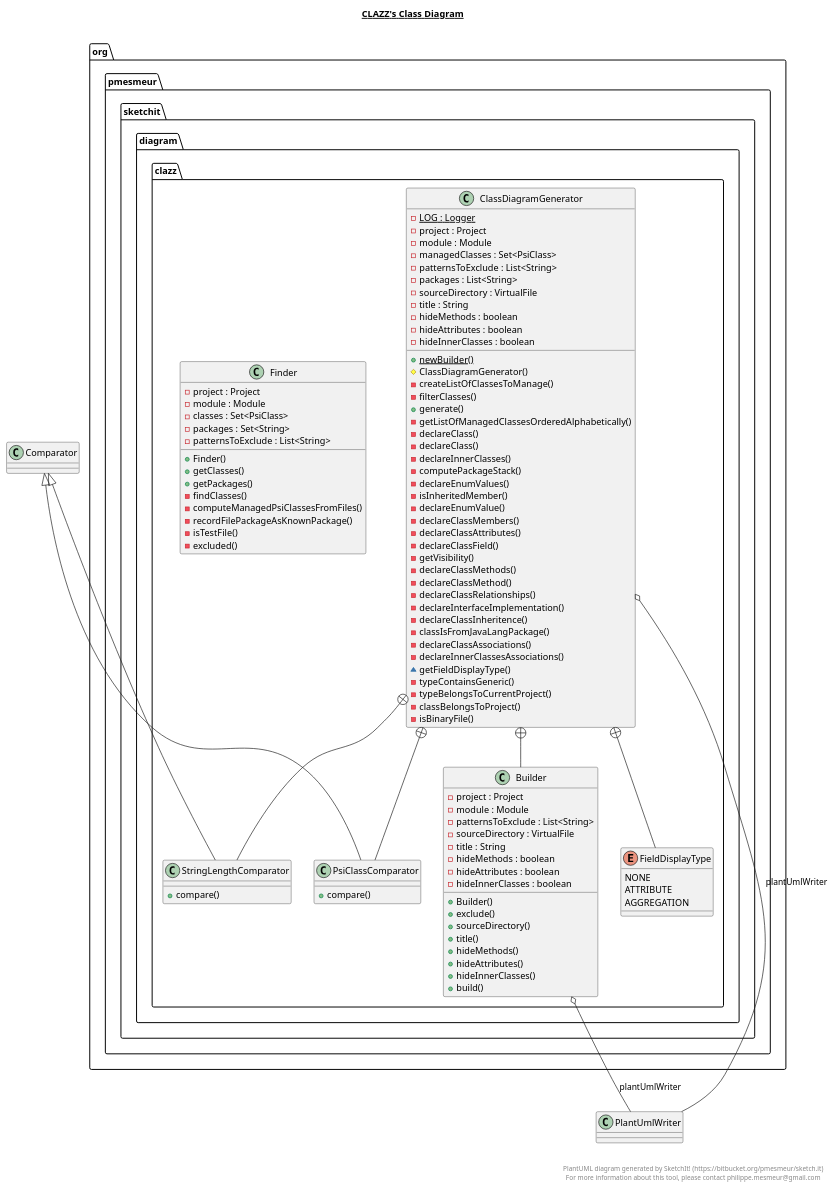
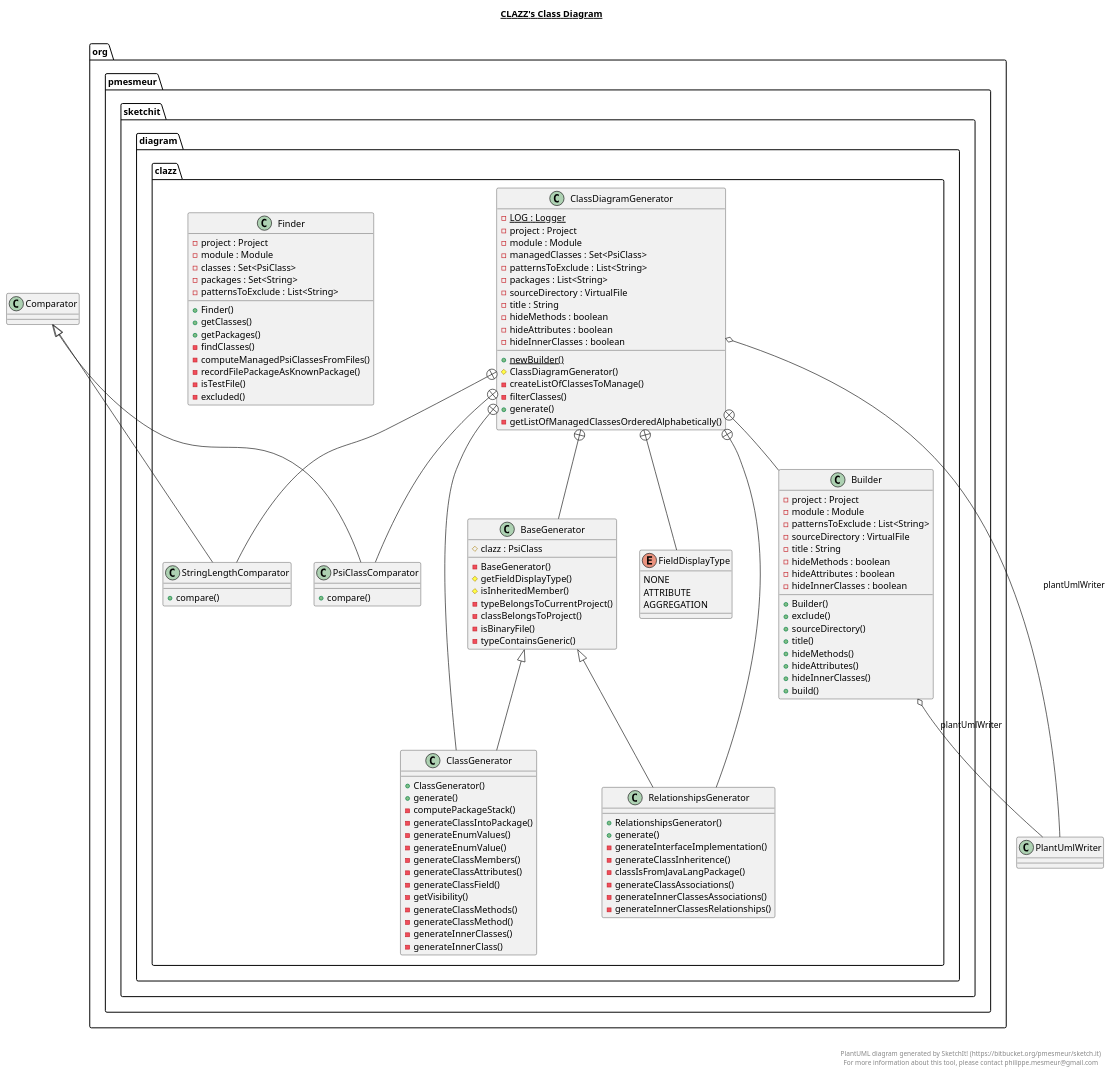
The diagram in src/org/pmesmeur/sketchit/diagram/clazz/clazz.plantuml (bigjimlefou/sketch.it), drawn with PlantUML before and after one commit. The commit also changed 3 other files, not shown here.

```diff
--- a/src/org/pmesmeur/sketchit/diagram/clazz/clazz.plantuml
+++ b/src/org/pmesmeur/sketchit/diagram/clazz/clazz.plantuml
@@ -1,157 +1,198 @@
 @startuml
 
 title __CLAZZ's Class Diagram__\n
 
   package org.pmesmeur.sketchit {
     package org.pmesmeur.sketchit.diagram {
       package org.pmesmeur.sketchit.diagram.clazz {
         class ClassDiagramGenerator {
             {static} - LOG : Logger
             - project : Project
             - module : Module
             - managedClasses : Set<PsiClass>
             - patternsToExclude : List<String>
             - packages : List<String>
             - sourceDirectory : VirtualFile
             - title : String
             - hideMethods : boolean
             - hideAttributes : boolean
             - hideInnerClasses : boolean
             {static} + newBuilder()
             # ClassDiagramGenerator()
             - createListOfClassesToManage()
             - filterClasses()
             + generate()
             - getListOfManagedClassesOrderedAlphabetically()
-            - declareClass()
-            - declareClass()
-            - declareInnerClasses()
-            - computePackageStack()
-            - declareEnumValues()
-            - isInheritedMember()
-            - declareEnumValue()
-            - declareClassMembers()
-            - declareClassAttributes()
-            - declareClassField()
-            - getVisibility()
-            - declareClassMethods()
-            - declareClassMethod()
-            - declareClassRelationships()
-            - declareInterfaceImplementation()
-            - declareClassInheritence()
-            - classIsFromJavaLangPackage()
-            - declareClassAssociations()
-            - declareInnerClassesAssociations()
-            ~ getFieldDisplayType()
-            - typeContainsGeneric()
-            - typeBelongsToCurrentProject()
-            - classBelongsToProject()
-            - isBinaryFile()
         }
       }
     }
   }
   
 
   package org.pmesmeur.sketchit {
     package org.pmesmeur.sketchit.diagram {
       package org.pmesmeur.sketchit.diagram.clazz {
         class Builder {
             - project : Project
             - module : Module
             - patternsToExclude : List<String>
             - sourceDirectory : VirtualFile
             - title : String
             - hideMethods : boolean
             - hideAttributes : boolean
             - hideInnerClasses : boolean
             + Builder()
             + exclude()
             + sourceDirectory()
             + title()
             + hideMethods()
             + hideAttributes()
             + hideInnerClasses()
             + build()
         }
       }
     }
   }
   
 
   package org.pmesmeur.sketchit {
     package org.pmesmeur.sketchit.diagram {
       package org.pmesmeur.sketchit.diagram.clazz {
         class StringLengthComparator {
             + compare()
         }
       }
     }
   }
   
 
   package org.pmesmeur.sketchit {
     package org.pmesmeur.sketchit.diagram {
       package org.pmesmeur.sketchit.diagram.clazz {
         class PsiClassComparator {
             + compare()
         }
       }
     }
   }
   
 
   package org.pmesmeur.sketchit {
     package org.pmesmeur.sketchit.diagram {
       package org.pmesmeur.sketchit.diagram.clazz {
         enum FieldDisplayType {
           NONE
           ATTRIBUTE
           AGGREGATION
         }
       }
     }
   }
   
 
   package org.pmesmeur.sketchit {
     package org.pmesmeur.sketchit.diagram {
       package org.pmesmeur.sketchit.diagram.clazz {
+        class BaseGenerator {
+            # clazz : PsiClass
+            - BaseGenerator()
+            # getFieldDisplayType()
+            # isInheritedMember()
+            - typeBelongsToCurrentProject()
+            - classBelongsToProject()
+            - isBinaryFile()
+            - typeContainsGeneric()
+        }
+      }
+    }
+  }
+  
+
+  package org.pmesmeur.sketchit {
+    package org.pmesmeur.sketchit.diagram {
+      package org.pmesmeur.sketchit.diagram.clazz {
+        class ClassGenerator {
+            + ClassGenerator()
+            + generate()
+            - computePackageStack()
+            - generateClassIntoPackage()
+            - generateEnumValues()
+            - generateEnumValue()
+            - generateClassMembers()
+            - generateClassAttributes()
+            - generateClassField()
+            - getVisibility()
+            - generateClassMethods()
+            - generateClassMethod()
+            - generateInnerClasses()
+            - generateInnerClass()
+        }
+      }
+    }
+  }
+  
+
+  package org.pmesmeur.sketchit {
+    package org.pmesmeur.sketchit.diagram {
+      package org.pmesmeur.sketchit.diagram.clazz {
+        class RelationshipsGenerator {
+            + RelationshipsGenerator()
+            + generate()
+            - generateInterfaceImplementation()
+            - generateClassInheritence()
+            - classIsFromJavaLangPackage()
+            - generateClassAssociations()
+            - generateInnerClassesAssociations()
+            - generateInnerClassesRelationships()
+        }
+      }
+    }
+  }
+  
+
+  package org.pmesmeur.sketchit {
+    package org.pmesmeur.sketchit.diagram {
+      package org.pmesmeur.sketchit.diagram.clazz {
         class Finder {
             - project : Project
             - module : Module
             - classes : Set<PsiClass>
             - packages : Set<String>
             - patternsToExclude : List<String>
             + Finder()
             + getClasses()
             + getPackages()
             - findClasses()
             - computeManagedPsiClassesFromFiles()
             - recordFilePackageAsKnownPackage()
             - isTestFile()
             - excluded()
         }
       }
     }
   }
   
 
   ClassDiagramGenerator o-- PlantUmlWriter : plantUmlWriter
   ClassDiagramGenerator +-down- Builder
   ClassDiagramGenerator +-down- StringLengthComparator
   ClassDiagramGenerator +-down- PsiClassComparator
   ClassDiagramGenerator +-down- FieldDisplayType
+  ClassDiagramGenerator +-down- BaseGenerator
+  ClassDiagramGenerator +-down- ClassGenerator
+  ClassDiagramGenerator +-down- RelationshipsGenerator
   Builder o-- PlantUmlWriter : plantUmlWriter
   StringLengthComparator -up-|> Comparator
   PsiClassComparator -up-|> Comparator
+  ClassGenerator -up-|> BaseGenerator
+  RelationshipsGenerator -up-|> BaseGenerator
 
 
 right footer
 
 
 PlantUML diagram generated by SketchIt! (https://bitbucket.org/pmesmeur/sketch.it)
 For more information about this tool, please contact philippe.mesmeur@gmail.com
 endfooter
 
 @enduml
```
